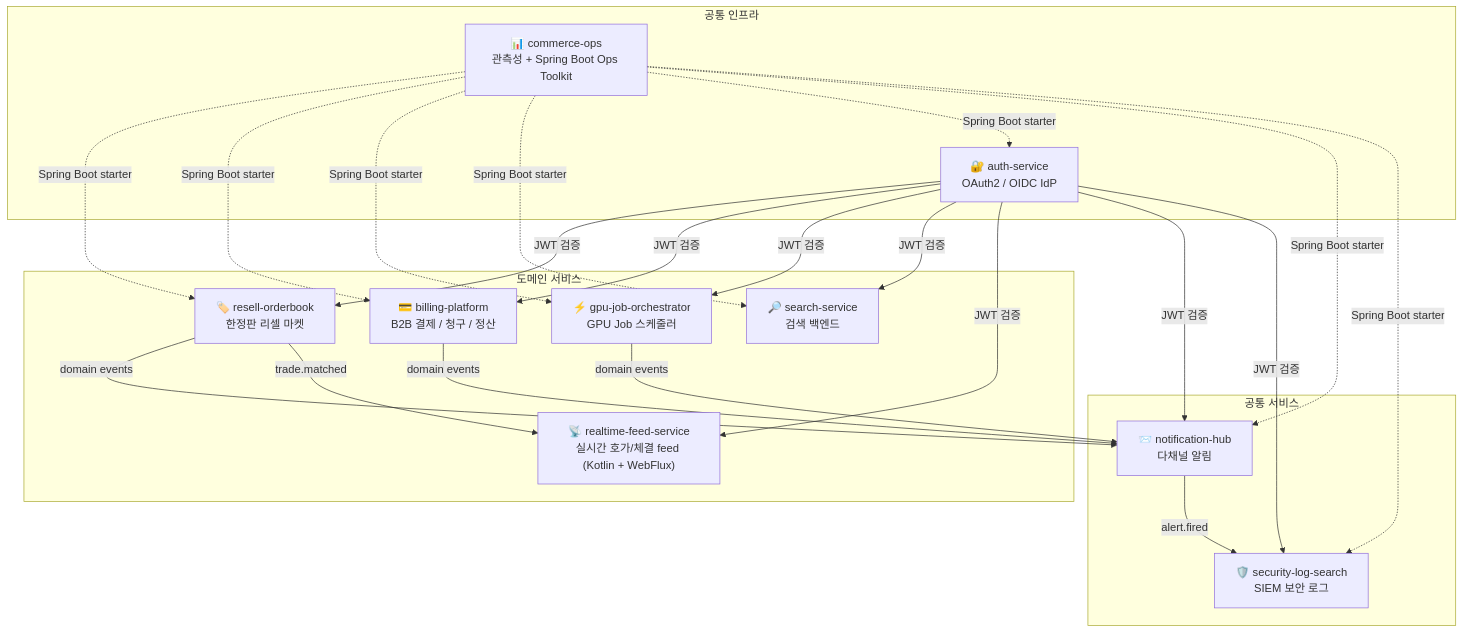
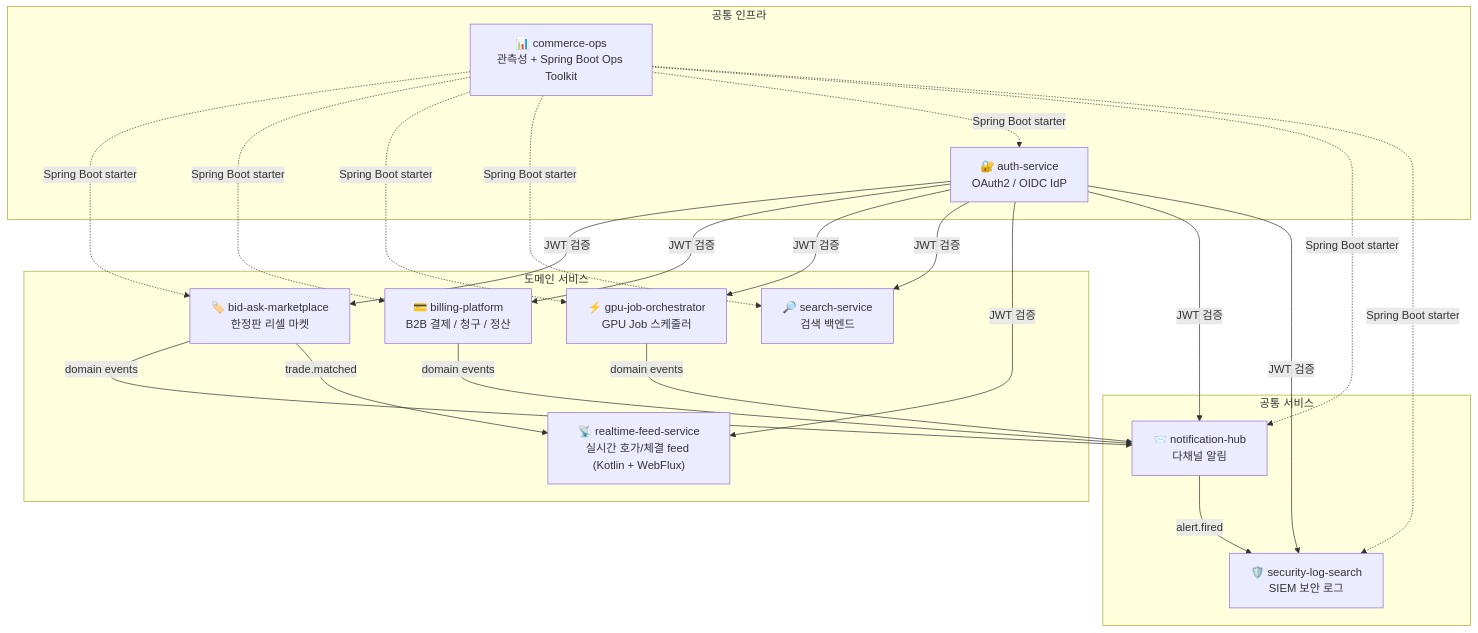
The diagram in README.md (ssa1004/ssa1004), drawn with Mermaid before and after one commit. The commit also changed other lines of this file and 6 other files, not shown here.

First line of the commit message:
docs: cross-reference resell-orderbook → bid-ask-marketplace

````diff
--- a/README.md
+++ b/README.md
@@ -5,44 +5,44 @@
 ```mermaid
 graph TB
     subgraph Infra["공통 인프라"]
         AUTH["🔐 auth-service<br/>OAuth2 / OIDC IdP"]
         OBS["📊 commerce-ops<br/>관측성 + Spring Boot Ops Toolkit"]
     end
 
     subgraph Domain["도메인 서비스"]
-        ORDER["🏷️ resell-orderbook<br/>한정판 리셀 마켓"]
+        ORDER["🏷️ bid-ask-marketplace<br/>한정판 리셀 마켓"]
         BILL["💳 billing-platform<br/>B2B 결제 / 청구 / 정산"]
         GPU["⚡ gpu-job-orchestrator<br/>GPU Job 스케줄러"]
         SEARCH["🔎 search-service<br/>검색 백엔드"]
         FEED["📡 realtime-feed-service<br/>실시간 호가/체결 feed (Kotlin + WebFlux)"]
     end
 
     subgraph Common["공통 서비스"]
         NOTIF["📨 notification-hub<br/>다채널 알림"]
         SIEM["🛡️ security-log-search<br/>SIEM 보안 로그"]
     end
 
     AUTH -->|JWT 검증| ORDER
     AUTH -->|JWT 검증| BILL
     AUTH -->|JWT 검증| GPU
     AUTH -->|JWT 검증| SEARCH
     AUTH -->|JWT 검증| FEED
     AUTH -->|JWT 검증| NOTIF
     AUTH -->|JWT 검증| SIEM
 
     ORDER -->|domain events| NOTIF
     BILL -->|domain events| NOTIF
     GPU -->|domain events| NOTIF
 
     ORDER -->|trade.matched| FEED
 
     NOTIF -->|alert.fired| SIEM
 
     OBS -.->|Spring Boot starter| ORDER
     OBS -.->|Spring Boot starter| BILL
     OBS -.->|Spring Boot starter| GPU
     OBS -.->|Spring Boot starter| SEARCH
     OBS -.->|Spring Boot starter| AUTH
     OBS -.->|Spring Boot starter| NOTIF
     OBS -.->|Spring Boot starter| SIEM
 ```
````
